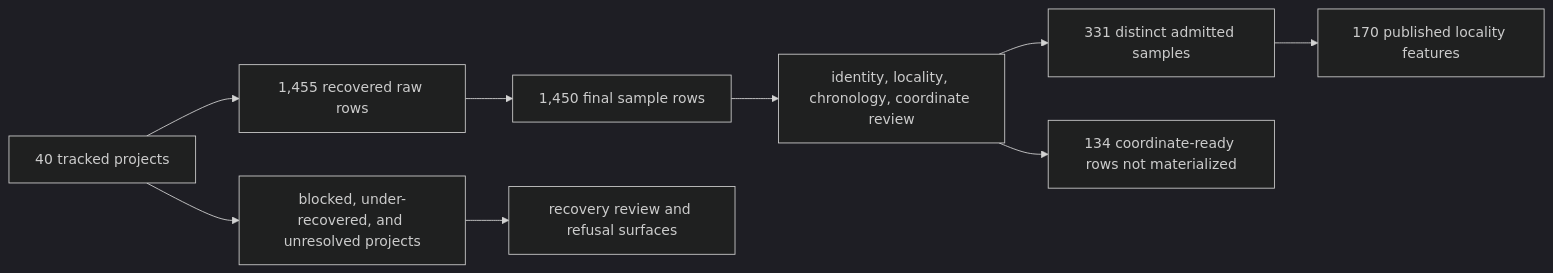
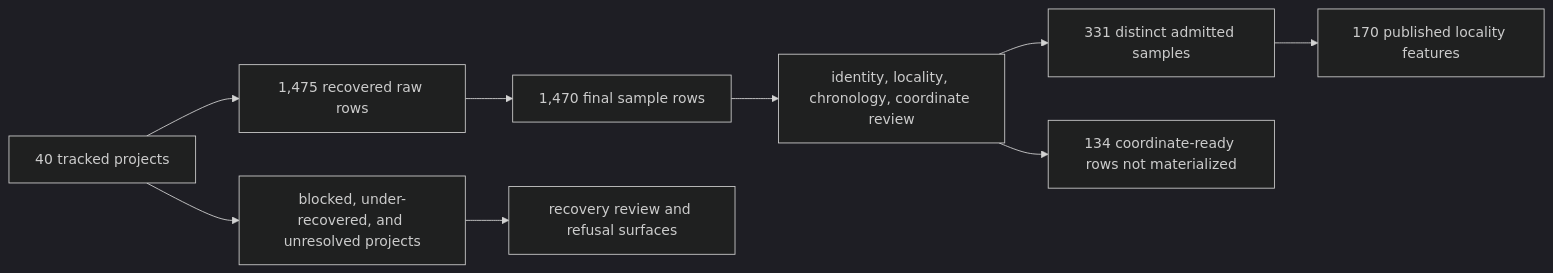
Before and after one commit to bijux/bijux-pollenomics: the third of 4 diagrams in docs/public/pollenomics-data/overview/animal-ancient-dna-evidence.md, drawn with Mermaid (dark theme). The commit also changed other lines of this file and 15 other files, not shown here.

````diff
--- a/docs/public/pollenomics-data/overview/animal-ancient-dna-evidence.md
+++ b/docs/public/pollenomics-data/overview/animal-ancient-dna-evidence.md
@@ -130,11 +132,11 @@
 ```mermaid
 flowchart LR
-    Inventory["40 tracked projects"] --> Recovery["1,455 recovered raw rows"]
-    Recovery --> Foundation["1,450 final sample rows"]
+    Inventory["40 tracked projects"] --> Recovery["1,475 recovered raw rows"]
+    Recovery --> Foundation["1,470 final sample rows"]
     Foundation --> Review["identity, locality, chronology, coordinate review"]
     Review --> Samples["331 distinct admitted samples"]
     Samples --> Points["170 published locality features"]
     Review --> Excluded["134 coordinate-ready rows not materialized"]
     Inventory --> Gaps["blocked, under-recovered, and unresolved projects"]
     Gaps --> Accountability["recovery review and refusal surfaces"]
 ```
````
